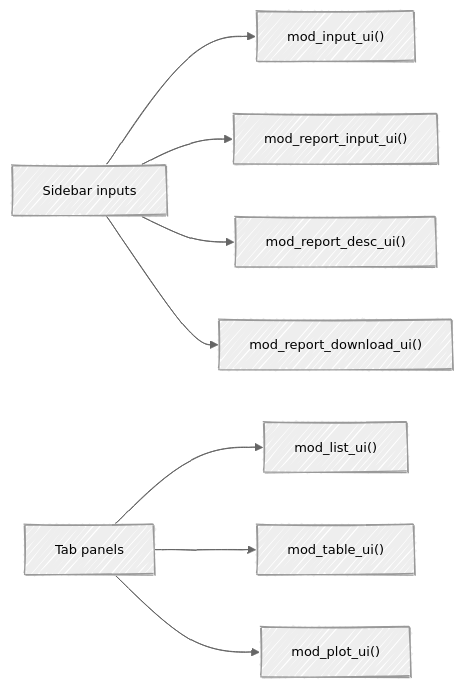
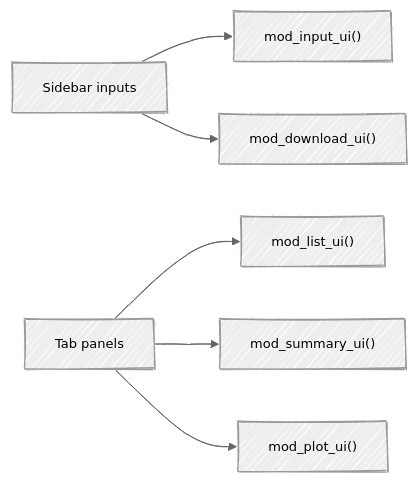
Before and after one commit to mjfrigaard/ttdviewer: the second of 4 diagrams in README.md, drawn with Mermaid. The commit also changed other lines of this file and 87 other files, not shown here.

````diff
--- a/README.md
+++ b/README.md
@@ -62,11 +60,9 @@
 ``` mermaid
 %%{init: {'theme': 'neutral', 'look': 'handDrawn', 'themeVariables': { 'fontFamily': 'monospace', 'fontSize':'13px'}}}%%
 flowchart LR
   Sidebar["Sidebar inputs"] --> InputUI["mod_input_ui()"]
-  Sidebar --> ReportUI["mod_report_input_ui()"]
-  Sidebar --> ReportDescUI["mod_report_desc_ui()"]
-  Sidebar --> ReportDownloadUI["mod_report_download_ui()"]
+  Sidebar --> DownloadUI["mod_download_ui()"]
   Tabs["Tab panels"] --> ListUI["mod_list_ui()"]
-  Tabs --> TableUI["mod_table_ui()"]
+  Tabs --> SummaryUI["mod_summary_ui()"]
   Tabs --> PlotUI["mod_plot_ui()"]
 ```
````
